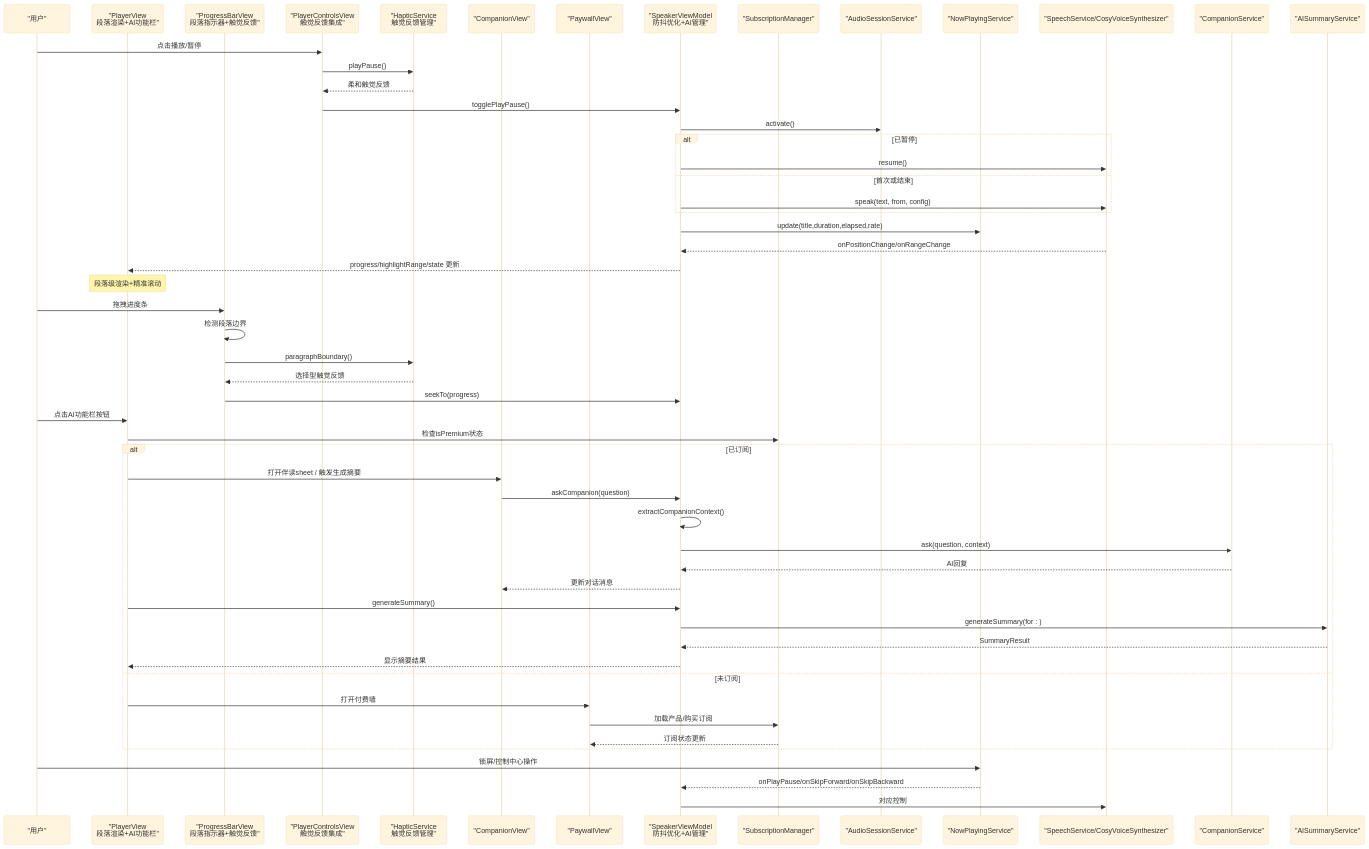
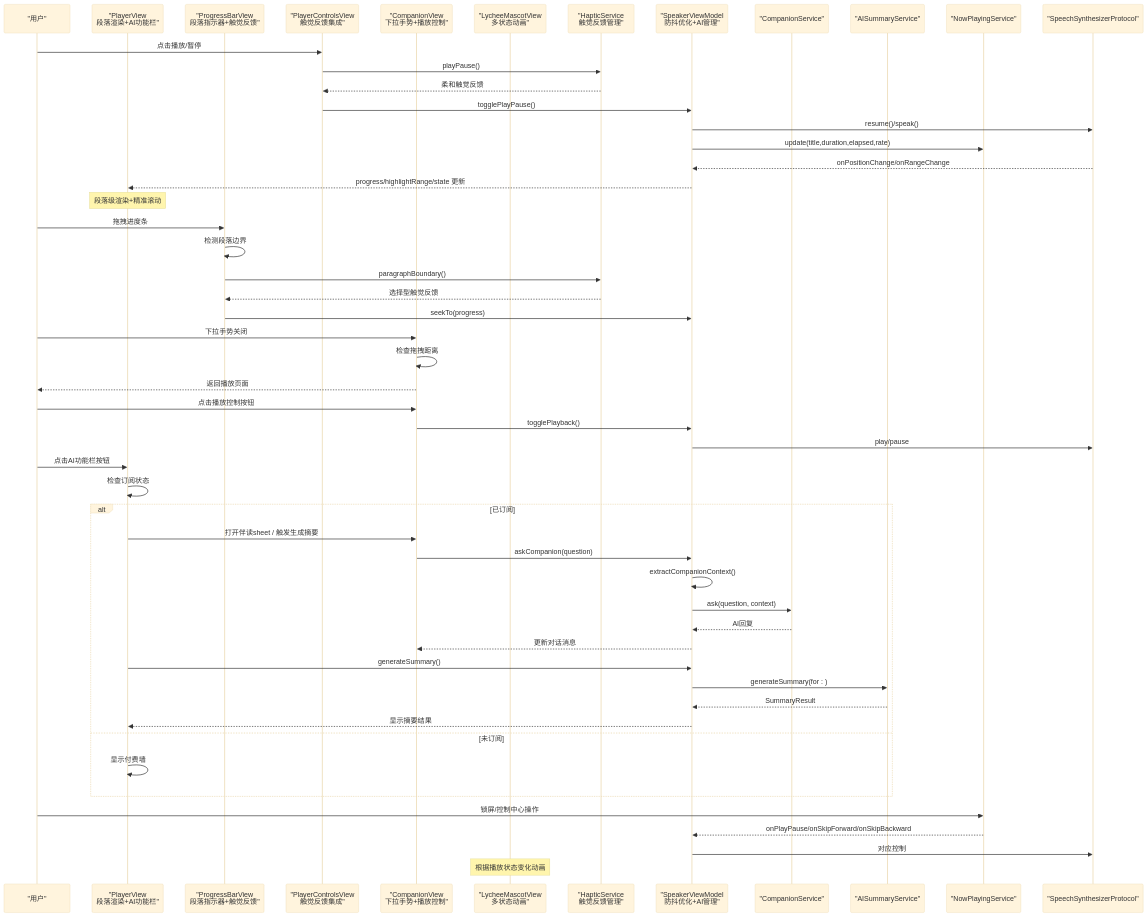
Before and after one commit to Primoguo/VoiceReader: the second of 13 diagrams in .qoder/repowiki/zh/content/用户界面设计/播放器界面.md, drawn with Mermaid (base theme). The commit also changed other lines of this file and 92 other files, not shown here.

````diff
--- a/.qoder/repowiki/zh/content/用户界面设计/播放器界面.md
+++ b/.qoder/repowiki/zh/content/用户界面设计/播放器界面.md
@@ -201,57 +177,55 @@
 ```mermaid
 sequenceDiagram
 participant U as "用户"
 participant PV as "PlayerView<br/>段落渲染+AI功能栏"
 participant PBV as "ProgressBarView<br/>段落指示器+触觉反馈"
 participant PCV as "PlayerControlsView<br/>触觉反馈集成"
+participant CV as "CompanionView<br/>下拉手势+播放控制"
+participant LMV as "LycheeMascotView<br/>多状态动画"
 participant HS as "HapticService<br/>触觉反馈管理"
-participant CV as "CompanionView"
-participant PWV as "PaywallView"
 participant VM as "SpeakerViewModel<br/>防抖优化+AI管理"
-participant SM as "SubscriptionManager"
-participant AS as "AudioSessionService"
-participant NP as "NowPlayingService"
-participant ST as "SpeechService/CosyVoiceSynthesizer"
 participant CS as "CompanionService"
 participant AIS as "AISummaryService"
+participant NP as "NowPlayingService"
+participant ST as "SpeechSynthesizerProtocol"
 U->>PCV : 点击播放/暂停
 PCV->>HS : playPause()
 HS-->>PCV : 柔和触觉反馈
 PCV->>VM : togglePlayPause()
-VM->>AS : activate()
-alt 已暂停
-VM->>ST : resume()
-else 首次或结束
-VM->>ST : speak(text, from, config)
-end
+VM->>ST : resume()/speak()
 VM->>NP : update(title,duration,elapsed,rate)
 ST-->>VM : onPositionChange/onRangeChange
 VM-->>PV : progress/highlightRange/state 更新
 Note over PV : 段落级渲染+精准滚动
 U->>PBV : 拖拽进度条
 PBV->>PBV : 检测段落边界
 PBV->>HS : paragraphBoundary()
 HS-->>PBV : 选择型触觉反馈
 PBV->>VM : seekTo(progress)
+U->>CV : 下拉手势关闭
+CV->>CV : 检查拖拽距离
+CV-->>U : 返回播放页面
+U->>CV : 点击播放控制按钮
+CV->>VM : togglePlayback()
+VM->>ST : play/pause
 U->>PV : 点击AI功能栏按钮
-PV->>SM : 检查isPremium状态
+PV->>PV : 检查订阅状态
 alt 已订阅
 PV->>CV : 打开伴读sheet / 触发生成摘要
 CV->>VM : askCompanion(question)
 VM->>VM : extractCompanionContext()
 VM->>CS : ask(question, context)
 CS-->>VM : AI回复
 VM-->>CV : 更新对话消息
 PV->>VM : generateSummary()
 VM->>AIS : generateSummary(for : )
 AIS-->>VM : SummaryResult
 VM-->>PV : 显示摘要结果
 else 未订阅
-PV->>PWV : 打开付费墙
-PWV->>SM : 加载产品/购买订阅
-SM-->>PWV : 订阅状态更新
+PV->>PV : 显示付费墙
 end
 U->>NP : 锁屏/控制中心操作
 NP-->>VM : onPlayPause/onSkipForward/onSkipBackward
 VM->>ST : 对应控制
+Note over LMV : 根据播放状态变化动画
 ```
````
